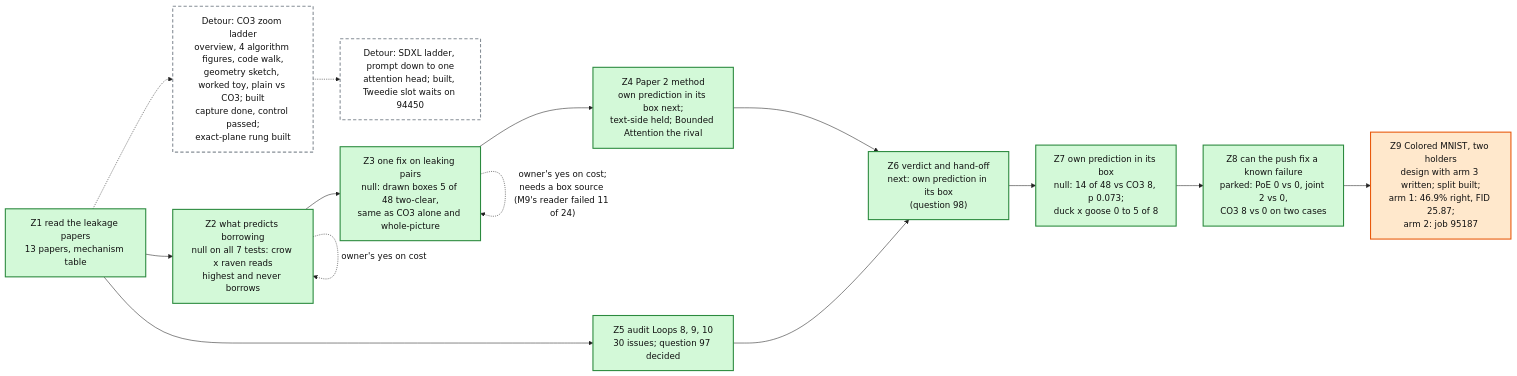
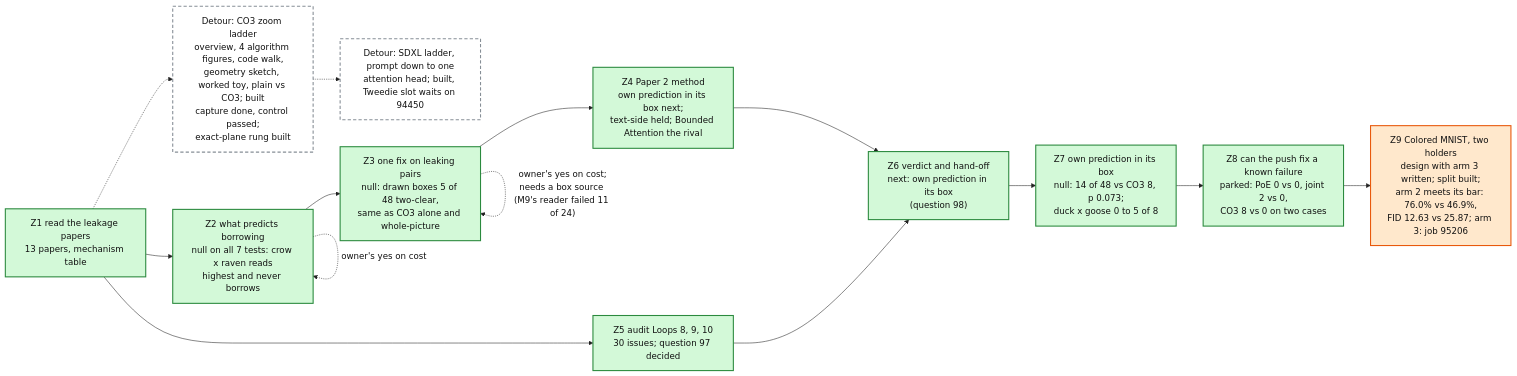
The diagram in artifacts/notes/progress/leakage/loop-12-progress.mmd (mo-rsa24/concept-composition), drawn with Mermaid before and after one commit. The commit also changed 1 other file, not shown here.

Commit message:
Loop 12 map: Z9 arm 2 meets its bar

```diff
--- a/artifacts/notes/progress/leakage/loop-12-progress.mmd
+++ b/artifacts/notes/progress/leakage/loop-12-progress.mmd
@@ -1,26 +1,26 @@
 %%{init: {'theme': 'base', 'themeVariables': {'fontFamily': 'monospace', 'primaryColor': '#ffffff', 'primaryBorderColor': '#222222', 'primaryTextColor': '#111111', 'lineColor': '#222222'}}}%%
 flowchart LR
   Z1["Z1 read the leakage papers<br/>13 papers, mechanism table"]:::done
   Z2["Z2 what predicts borrowing<br/>null on all 7 tests: crow x raven reads<br/>highest and never borrows"]:::done
   Z3["Z3 one fix on leaking pairs<br/>null: drawn boxes 5 of 48 two-clear,<br/>same as CO3 alone and whole-picture"]:::done
   Z4["Z4 Paper 2 method<br/>own prediction in its box next;<br/>text-side held; Bounded Attention the rival"]:::done
   Z5["Z5 audit Loops 8, 9, 10<br/>30 issues; question 97 decided"]:::done
   Z6["Z6 verdict and hand-off<br/>next: own prediction in its box<br/>(question 98)"]:::done
   LAD["Detour: CO3 zoom ladder<br/>overview, 4 algorithm figures, code walk,<br/>geometry sketch, worked toy, plain vs CO3; built<br/>capture done, control passed;<br/>exact-plane rung built"]:::detour
   Z1 -.-> LAD
   SDX["Detour: SDXL ladder, prompt down to one<br/>attention head; built, Tweedie slot waits on 94450"]:::detour
   LAD -.-> SDX
   Z1 --> Z2 --> Z3 --> Z4 --> Z6
   Z1 --> Z5 --> Z6
   Z2 -. "owner's yes on cost" .-> Z2
   Z3 -. "owner's yes on cost;<br/>needs a box source (M9's reader failed 11 of 24)" .-> Z3
   Z7["Z7 own prediction in its box<br/>null: 14 of 48 vs CO3 8, p 0.073;<br/>duck x goose 0 to 5 of 8"]:::done
   Z6 --> Z7
   Z8["Z8 can the push fix a known failure<br/>parked: PoE 0 vs 0, joint 2 vs 0,<br/>CO3 8 vs 0 on two cases"]:::done
   Z7 --> Z8
-  Z9["Z9 Colored MNIST, two holders<br/>design with arm 3 written; split built;<br/>arm 1: 46.9% right, FID 25.87;<br/>arm 2: job 95187"]:::doing
+  Z9["Z9 Colored MNIST, two holders<br/>design with arm 3 written; split built;<br/>arm 2 meets its bar: 76.0% vs 46.9%,<br/>FID 12.63 vs 25.87; arm 3: job 95206"]:::doing
   Z8 --> Z9
   classDef done fill:#d3f9d8,stroke:#2b8a3e,stroke-width:2px
   classDef doing fill:#ffe8cc,stroke:#e8590c,stroke-width:2px
   classDef detour fill:#ffffff,stroke:#868e96,stroke-width:2px,stroke-dasharray: 6 4
   classDef todo fill:#f1f3f5,stroke:#868e96,stroke-width:2px
```
